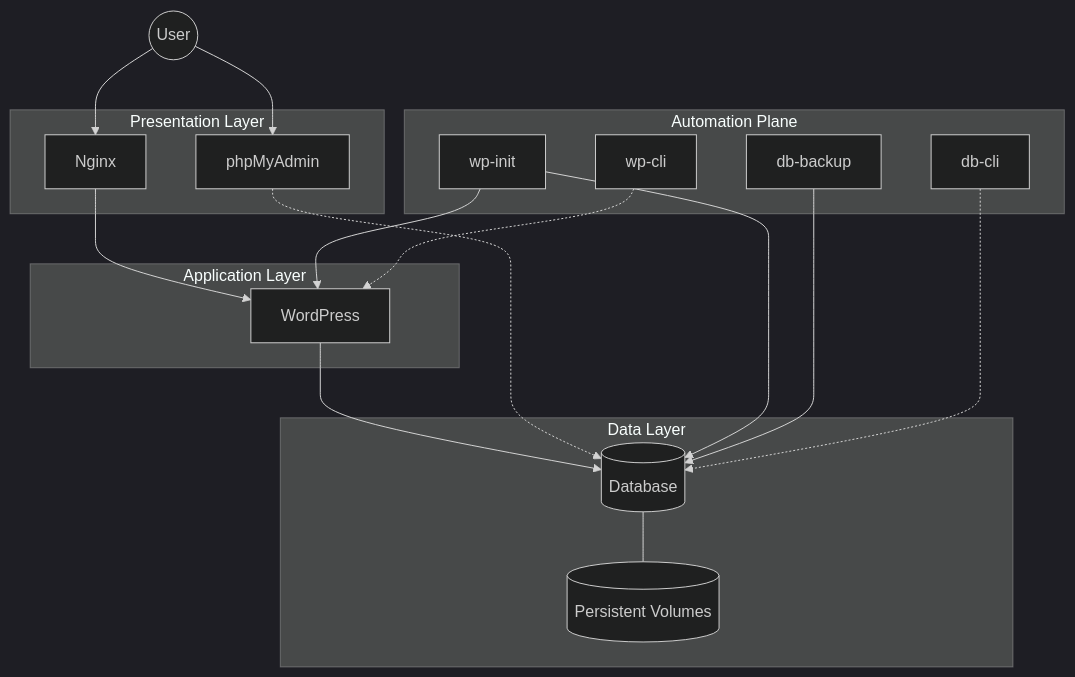
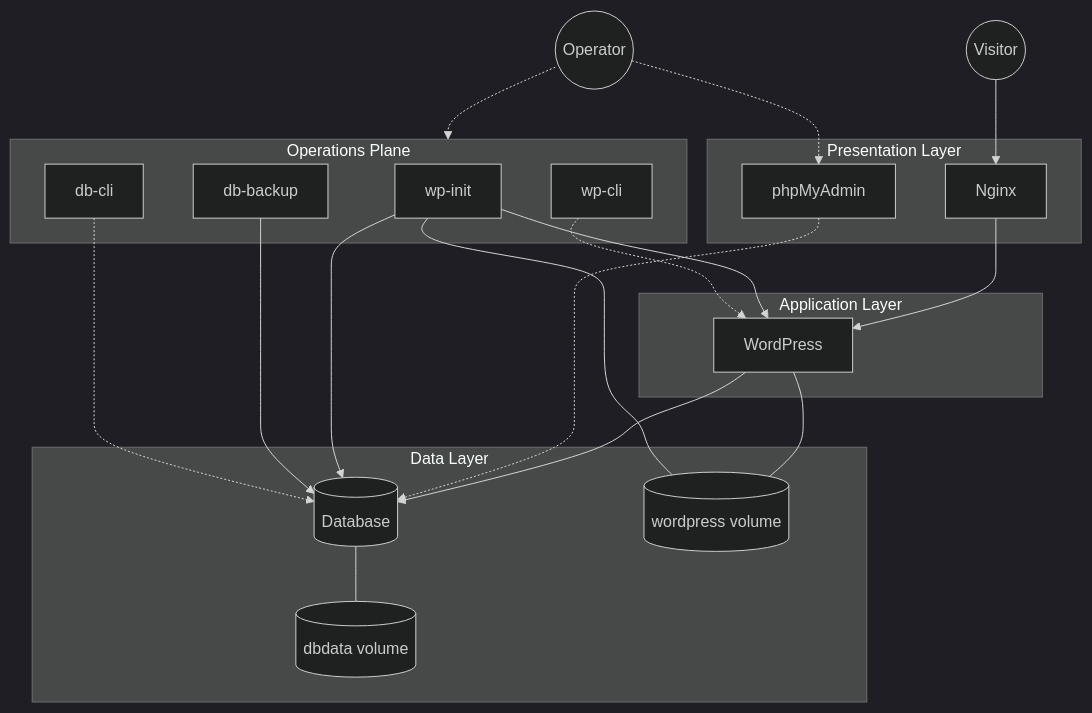
One commit to taygumus/wp-docker-stack changed the diagram in README.md. Above: the diagram before and after it, drawn with Mermaid (dark theme). The commit also changed other lines of this file, not shown here.

````diff
--- a/README.md
+++ b/README.md
@@ -152,39 +152,55 @@
 ```mermaid
 flowchart TB
-    User((User))
+    Visitor((Visitor))
+    Operator((Operator))
 
+    %% Presentation Layer
     subgraph Edge [Presentation Layer]
         Nginx[Nginx]
         PMA[phpMyAdmin]
     end
 
+    %% Application Layer
     subgraph App [Application Layer]
         WP[WordPress]
     end
 
+    %% Data Layer
     subgraph Data [Data Layer]
         DB[(Database)]
-        Vol[(Persistent Volumes)]
+        V_DB[(dbdata volume)]
+        V_WP[(wordpress volume)]
     end
 
-    subgraph Ops [Automation Plane]
+    %% Operations Plane
+    subgraph Ops [Operations Plane]
         WP_INIT[wp-init]
         DB_BACKUP[db-backup]
         WP_CLI[wp-cli]
         DB_CLI[db-cli]
     end
 
-    User --> Nginx
-    User --> PMA
+    %% User interactions
+    Visitor --> Nginx
+    Operator -.-> Ops
+    Operator -.-> PMA
 
+    %% Runtime flow
     Nginx --> WP
     WP --> DB
-    DB --- Vol
+
+    %% Presentation dependencies
     PMA -.-> DB
 
+    %% Persistence
+    DB --- V_DB
+    WP --- V_WP
+    WP_INIT --- V_WP
+
+    %% Operations interactions
     WP_INIT --> WP
     WP_INIT --> DB
     DB_BACKUP --> DB
     WP_CLI -.-> WP
     DB_CLI -.-> DB
 ```
````
